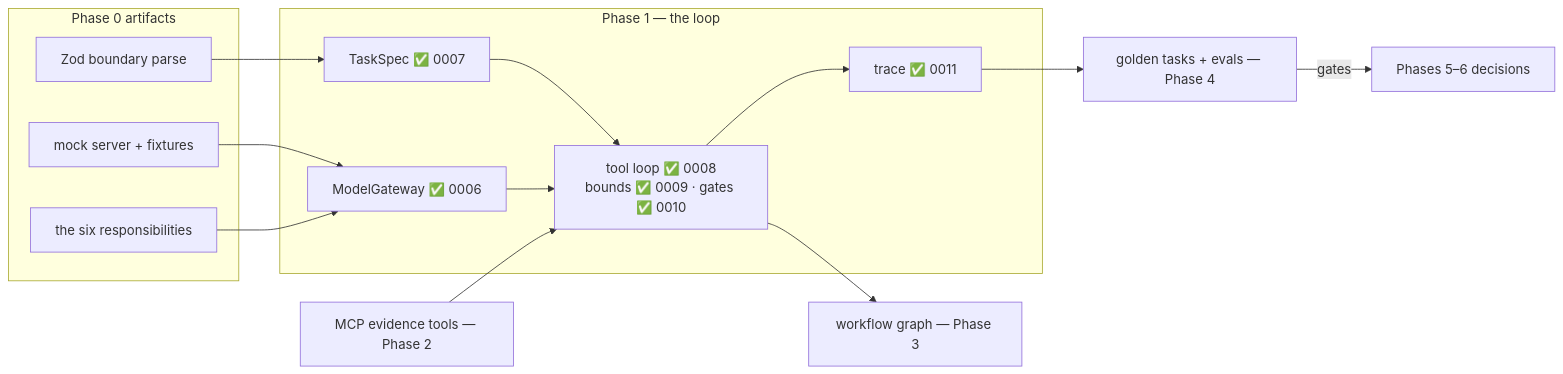
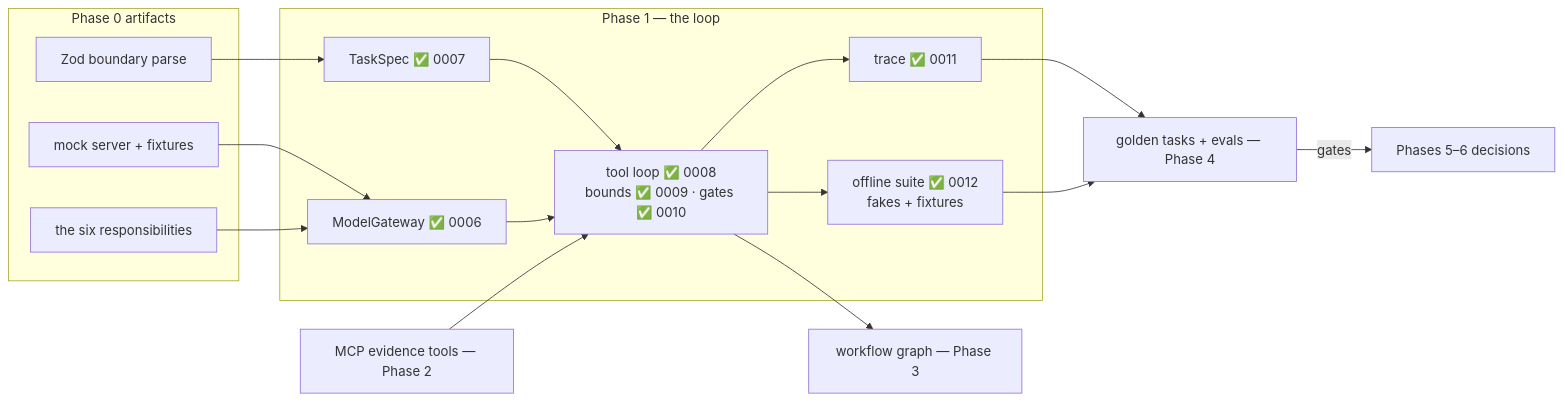
The fourth of 4 diagrams in wiki/course/course-module-graph.md (JozsefKiss90/TS), drawn with Mermaid before and after one commit. The commit also changed other lines of this file and 25 other files, not shown here.

````diff
--- a/wiki/course/course-module-graph.md
+++ b/wiki/course/course-module-graph.md
@@ -77,24 +77,27 @@
 ```mermaid
 flowchart LR
     subgraph PH0["Phase 0 artifacts"]
         MOCK["mock server + fixtures"]
         SIX["the six responsibilities"]
         ZOD["Zod boundary parse"]
     end
     subgraph PH1["Phase 1 — the loop"]
         GWY["ModelGateway ✅ 0006"]
         SPEC["TaskSpec ✅ 0007"]
         TLOOP["tool loop ✅ 0008<br/>bounds ✅ 0009 · gates ✅ 0010"]
         TR["trace ✅ 0011"]
+        TESTS["offline suite ✅ 0012<br/>fakes + fixtures"]
     end
     MOCK --> GWY
     SIX --> GWY
     ZOD --> SPEC
     SPEC --> TLOOP
     GWY --> TLOOP
     TLOOP --> TR
+    TLOOP --> TESTS
     EV["MCP evidence tools — Phase 2"] --> TLOOP
     TLOOP --> WG["workflow graph — Phase 3"]
     TR --> EVAL["golden tasks + evals — Phase 4"]
+    TESTS --> EVAL
     EVAL -->|"gates"| P5P6["Phases 5–6 decisions"]
 ```
````
